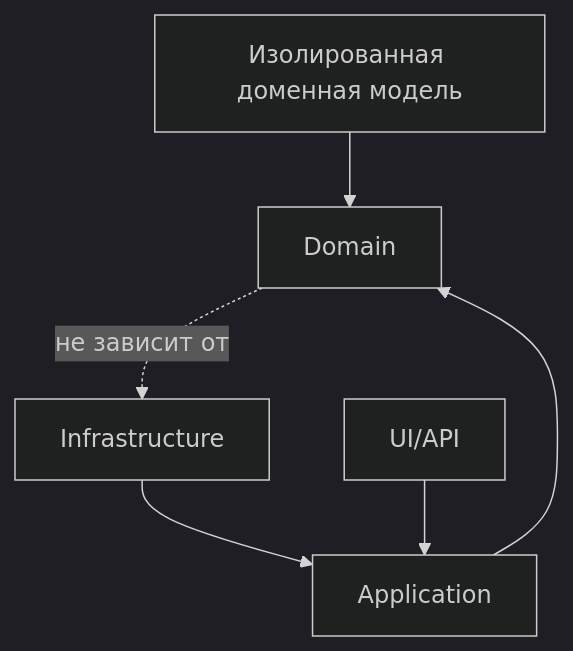
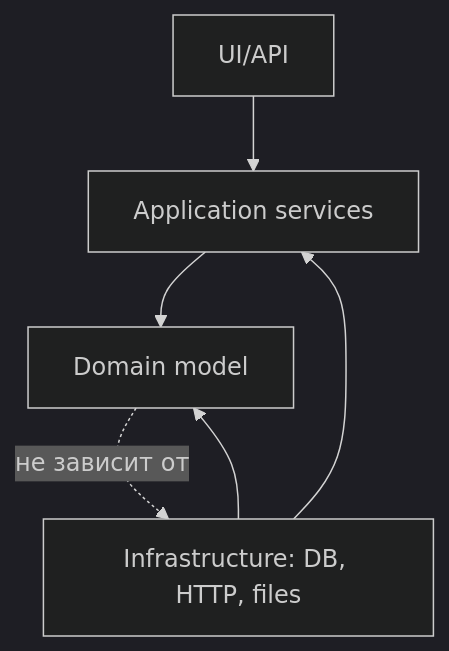
One commit to Kert0n/KPO changed the fifth of 6 diagrams in lectures/Lec7/vitepress.md. Above: the diagram before and after it, drawn with Mermaid (dark theme). The commit also changed other lines of this file and 9 other files, not shown here.

````diff
--- a/lectures/Lec7/vitepress.md
+++ b/lectures/Lec7/vitepress.md
@@ -108,8 +1209,8 @@
 ```mermaid
 flowchart TD
-    Isolated[Изолированная доменная модель] --> Domain[Domain]
-    App[Application] --> Domain
-    Infrastructure[Infrastructure] --> App
-    UI[UI/API] --> App
-    Domain -. не зависит от .-> Infrastructure
+    UI["UI/API"] --> Application["Application services"]
+    Application --> Domain["Domain model"]
+    Infrastructure["Infrastructure: DB, HTTP, files"] --> Application
+    Infrastructure --> Domain
+    Domain -. "не зависит от" .-> Infrastructure
 ```
````
